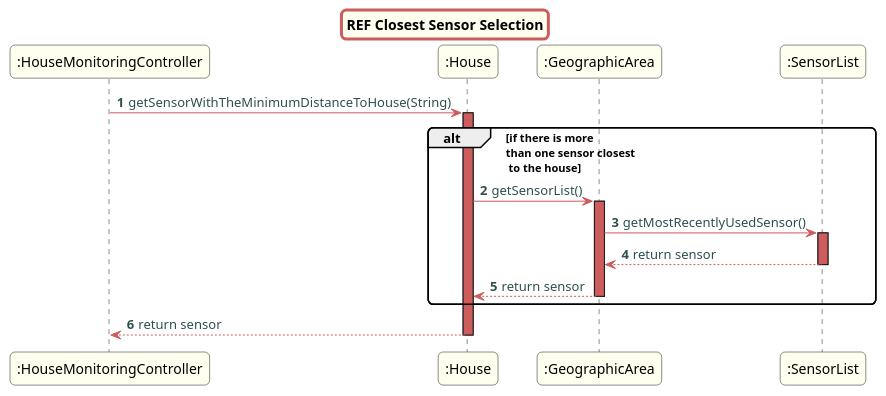
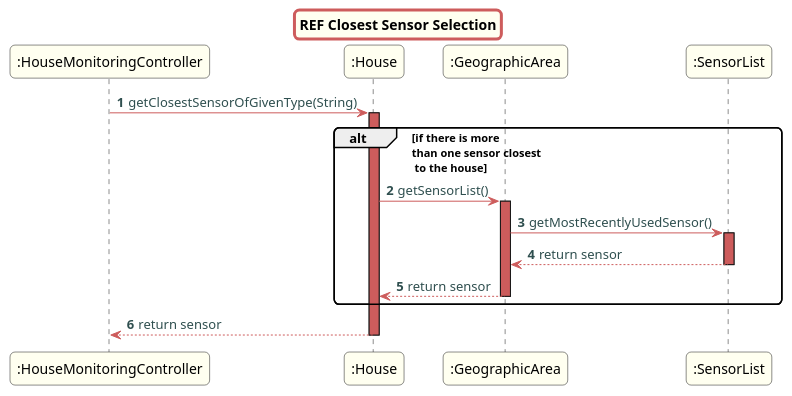
One commit to Almadanmp/project changed the diagram in src/doc/Controllers/HouseMonitoring/US633/US633_sd_REF_SensorSelection.puml. Above: the diagram before and after it, drawn with PlantUML.

Commit message:
REF #161
updates UML sequence Diagram

```diff
--- a/src/doc/Controllers/HouseMonitoring/US633/US633_sd_REF_SensorSelection.puml
+++ b/src/doc/Controllers/HouseMonitoring/US633/US633_sd_REF_SensorSelection.puml
@@ -1,44 +1,44 @@
 @startuml
 skinparam titleBorderRoundCorner 10
 skinparam titleBorderThickness 3
 skinparam titleBorderColor indianred
 skinparam titleBackgroundColor ivory
 skinparam FontName quicksand
 
 skinparam actor {
   BorderColor indianred
   }
 
 skinparam sequence {
   LifeLineBackgroundColor indianred
   ParticipantBackgroundColor ivory
 }
 
 skinparam roundcorner 10
 
 skinparam component {
   arrowThickness 1
   ArrowFontName Verdana
   ArrowColor indianred
   ArrowFontColor darkslategrey
 }
 
 title REF Closest Sensor Selection
 autonumber
 
-":HouseMonitoringController"->":House":getSensorWithTheMinimumDistanceToHouse(String)
+":HouseMonitoringController"->":House":getClosestSensorOfGivenType(String)
 activate ":House"
 alt if there is more \nthan one sensor closest\n to the house
 ":House"->":GeographicArea":getSensorList()
 activate ":GeographicArea"
 ":GeographicArea"->":SensorList":getMostRecentlyUsedSensor()
 activate ":SensorList"
 ":SensorList"-->":GeographicArea": return sensor
 deactivate ":SensorList"
 ":GeographicArea"-->":House": return sensor
 deactivate ":GeographicArea"
 end
 ":House"-->":HouseMonitoringController": return sensor
 deactivate ":House"
 
 @enduml
```
